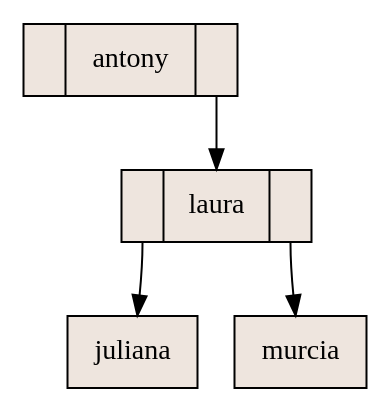
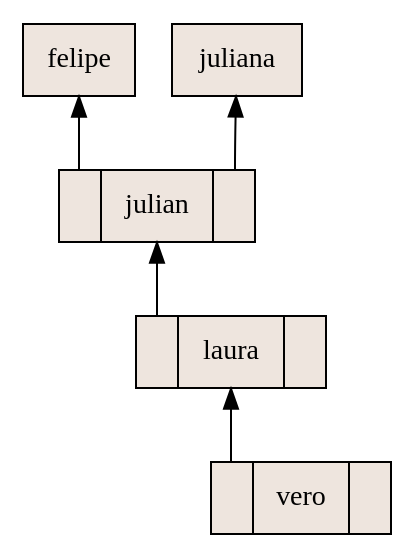
One commit to antonybotello/Estructuras-de-Datos changed the diagram in 11-JUL/proyectos/abb-rodriguez/aux_grafico.dot. Above: the diagram before and after it, drawn with Graphviz. The commit also changed 2 other files, not shown here.

```diff
--- a/11-JUL/proyectos/abb-rodriguez/aux_grafico.dot
+++ b/11-JUL/proyectos/abb-rodriguez/aux_grafico.dot
@@ -1,11 +1,13 @@
 digraph grafica{
-rankdir=TB;
+rankdir=BT;
 node [shape = record, style=filled, fillcolor=seashell2];
-nodo1 [ label ="<C0>|antony|<C1>"];
+nodo1 [ label ="<C0>|vero|<C1>"];
 nodo4 [ label ="<C0>|laura|<C1>"];
+nodo5 [ label ="<C0>|julian|<C1>"];
+nodo7 [ label ="felipe"];
+nodo5:C0->nodo7
 nodo6 [ label ="juliana"];
-nodo4:C0->nodo6
-nodo5 [ label ="murcia"];
-nodo4:C1->nodo5
-nodo1:C1->nodo4
+nodo5:C1->nodo6
+nodo4:C0->nodo5
+nodo1:C0->nodo4
 }
```
